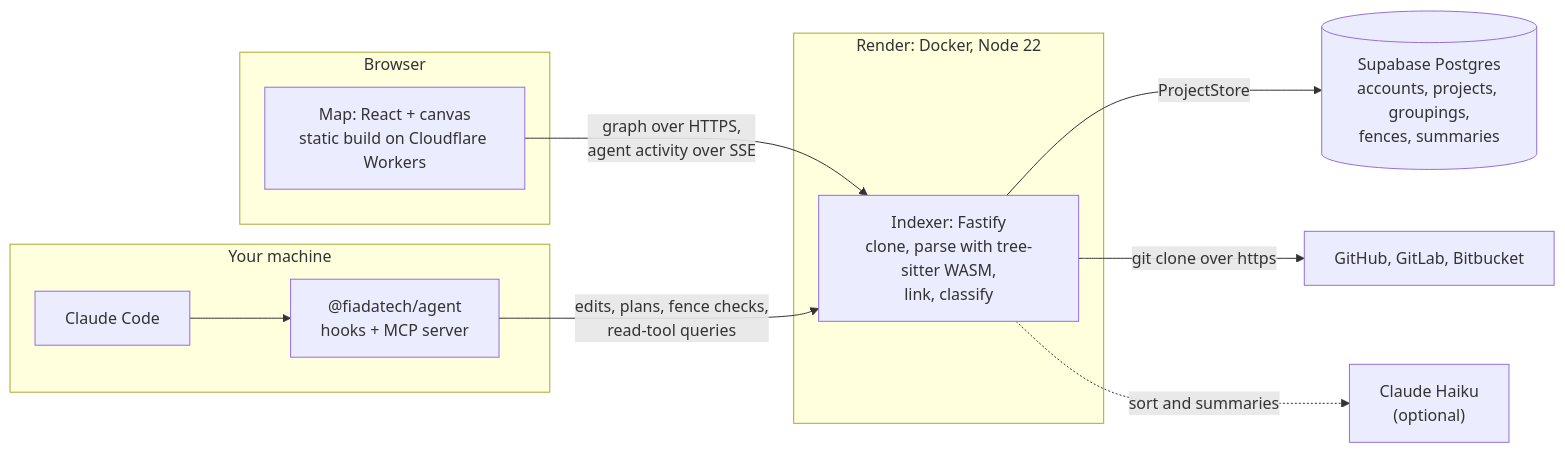
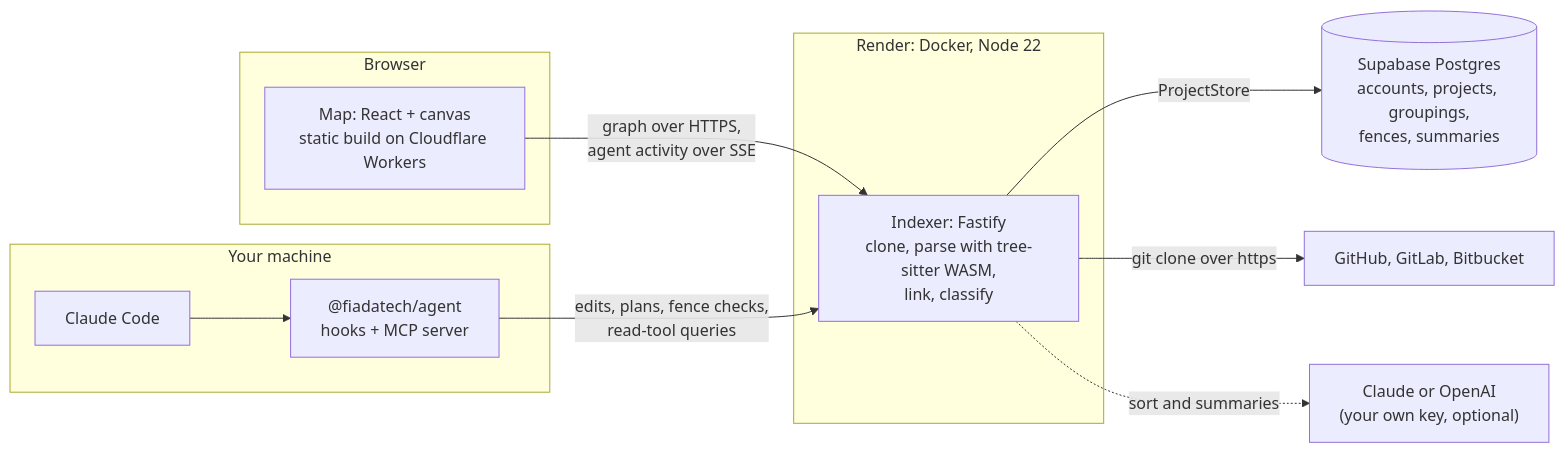
One commit to tobygodat/fiada changed the diagram in README.md. Above: the diagram before and after it, drawn with Mermaid. The commit also changed other lines of this file and 24 other files, not shown here.

First line of the commit message:
Bring your own model key for sorting and summaries (TOB-561) (#78)

````diff
--- a/README.md
+++ b/README.md
@@ -35,22 +35,22 @@
 ```mermaid
 flowchart LR
   subgraph browser["Browser"]
     map["Map: React + canvas<br/>static build on Cloudflare Workers"]
   end
   subgraph render["Render: Docker, Node 22"]
     indexer["Indexer: Fastify<br/>clone, parse with tree-sitter WASM,<br/>link, classify"]
   end
   db[("Supabase Postgres<br/>accounts, projects, groupings,<br/>fences, summaries")]
   git["GitHub, GitLab, Bitbucket"]
-  llm["Claude Haiku<br/>(optional)"]
+  llm["Claude or OpenAI<br/>(your own key, optional)"]
   subgraph machine["Your machine"]
     claude["Claude Code"]
     agent["@fiadatech/agent<br/>hooks + MCP server"]
   end
   map -- "graph over HTTPS,<br/>agent activity over SSE" --> indexer
   indexer -- "ProjectStore" --> db
   indexer -- "git clone over https" --> git
   indexer -. "sort and summaries" .-> llm
   claude --> agent
   agent -- "edits, plans, fence checks,<br/>read-tool queries" --> indexer
 ```
````
